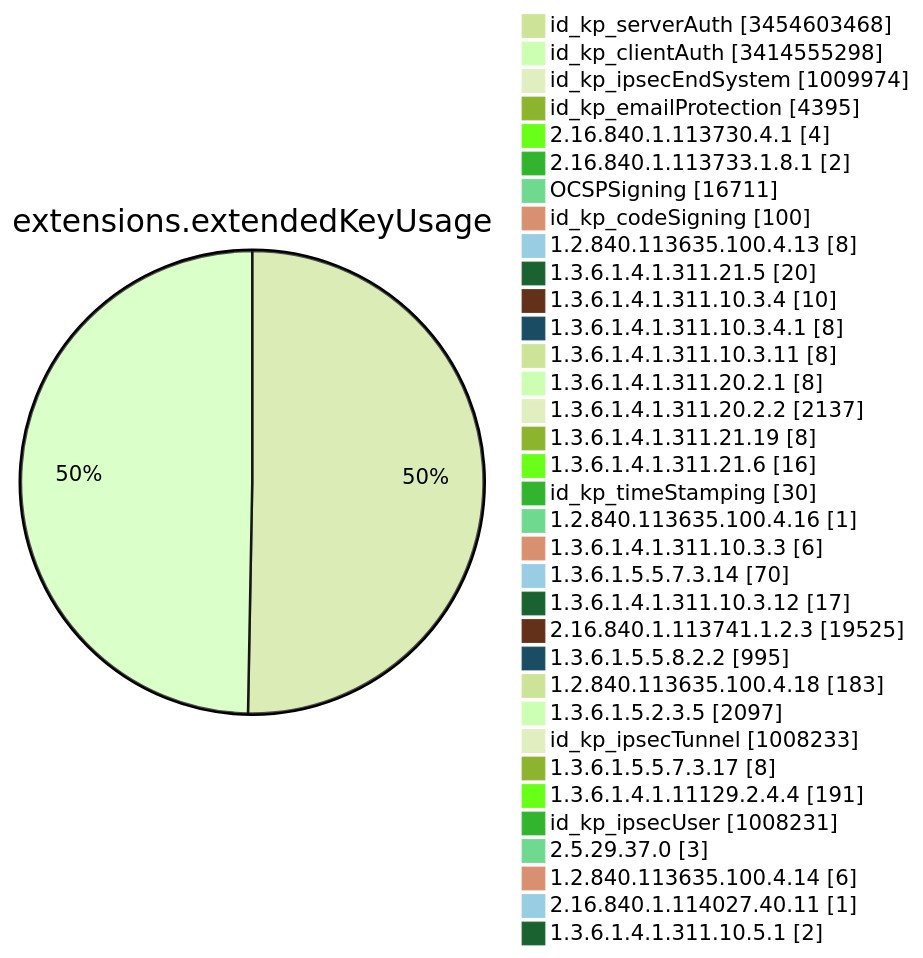
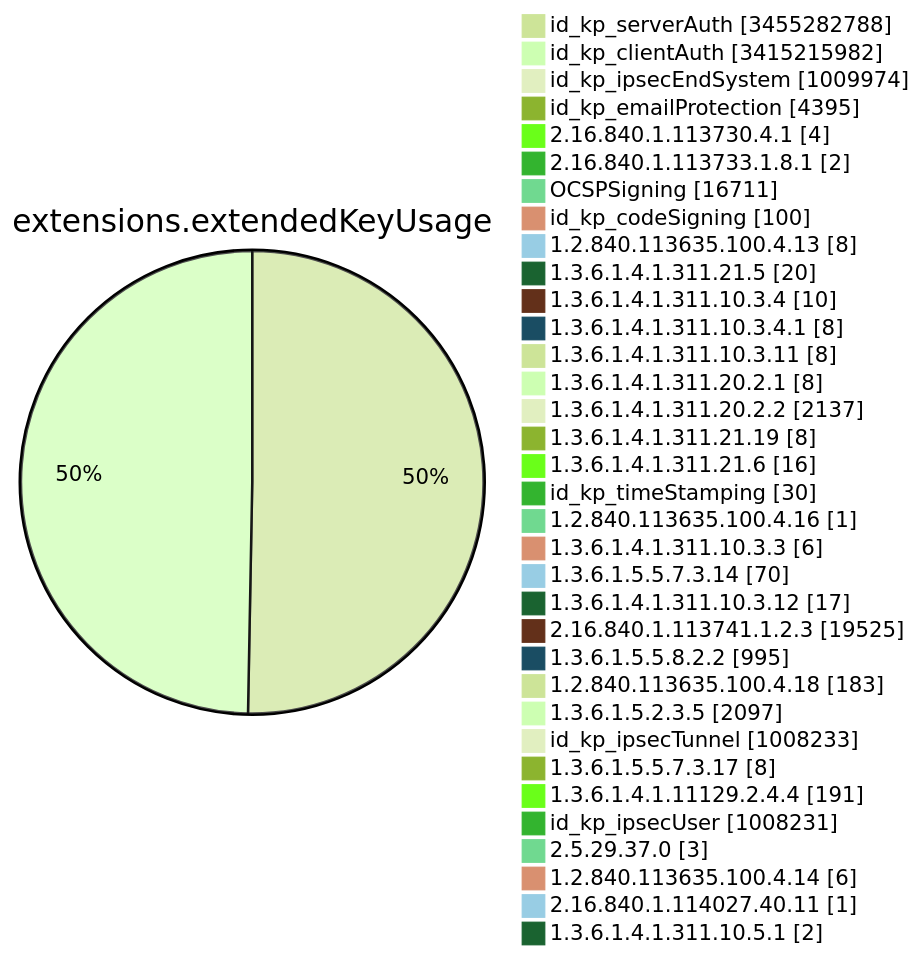
Diagram 11 of 15 in TOTAL/README.md (christiankrug/ctmonitor_visualization), drawn with Mermaid (forest theme) before and after one commit. The commit also changed other lines of this file, not shown here.

````diff
--- a/TOTAL/README.md
+++ b/TOTAL/README.md
@@ -4123,38 +4123,38 @@
 ```mermaid
 pie showData
 title extensions.extendedKeyUsage
-"id_kp_serverAuth" :3454603468
-"id_kp_clientAuth" :3414555298
+"id_kp_serverAuth" :3455282788
+"id_kp_clientAuth" :3415215982
 "id_kp_ipsecEndSystem" :1009974
 "id_kp_emailProtection" :4395
 "2.16.840.1.113730.4.1" :4
 "2.16.840.1.113733.1.8.1" :2
 "OCSPSigning" :16711
 "id_kp_codeSigning" :100
 "1.2.840.113635.100.4.13" :8
 "1.3.6.1.4.1.311.21.5" :20
 "1.3.6.1.4.1.311.10.3.4" :10
 "1.3.6.1.4.1.311.10.3.4.1" :8
 "1.3.6.1.4.1.311.10.3.11" :8
 "1.3.6.1.4.1.311.20.2.1" :8
 "1.3.6.1.4.1.311.20.2.2" :2137
 "1.3.6.1.4.1.311.21.19" :8
 "1.3.6.1.4.1.311.21.6" :16
 "id_kp_timeStamping" :30
 "1.2.840.113635.100.4.16" :1
 "1.3.6.1.4.1.311.10.3.3" :6
 "1.3.6.1.5.5.7.3.14" :70
 "1.3.6.1.4.1.311.10.3.12" :17
 "2.16.840.1.113741.1.2.3" :19525
 "1.3.6.1.5.5.8.2.2" :995
 "1.2.840.113635.100.4.18" :183
 "1.3.6.1.5.2.3.5" :2097
 "id_kp_ipsecTunnel" :1008233
 "1.3.6.1.5.5.7.3.17" :8
 "1.3.6.1.4.1.11129.2.4.4" :191
 "id_kp_ipsecUser" :1008231
 "2.5.29.37.0" :3
 "1.2.840.113635.100.4.14" :6
 "2.16.840.1.114027.40.11" :1
 "1.3.6.1.4.1.311.10.5.1" :2
 ```
````
